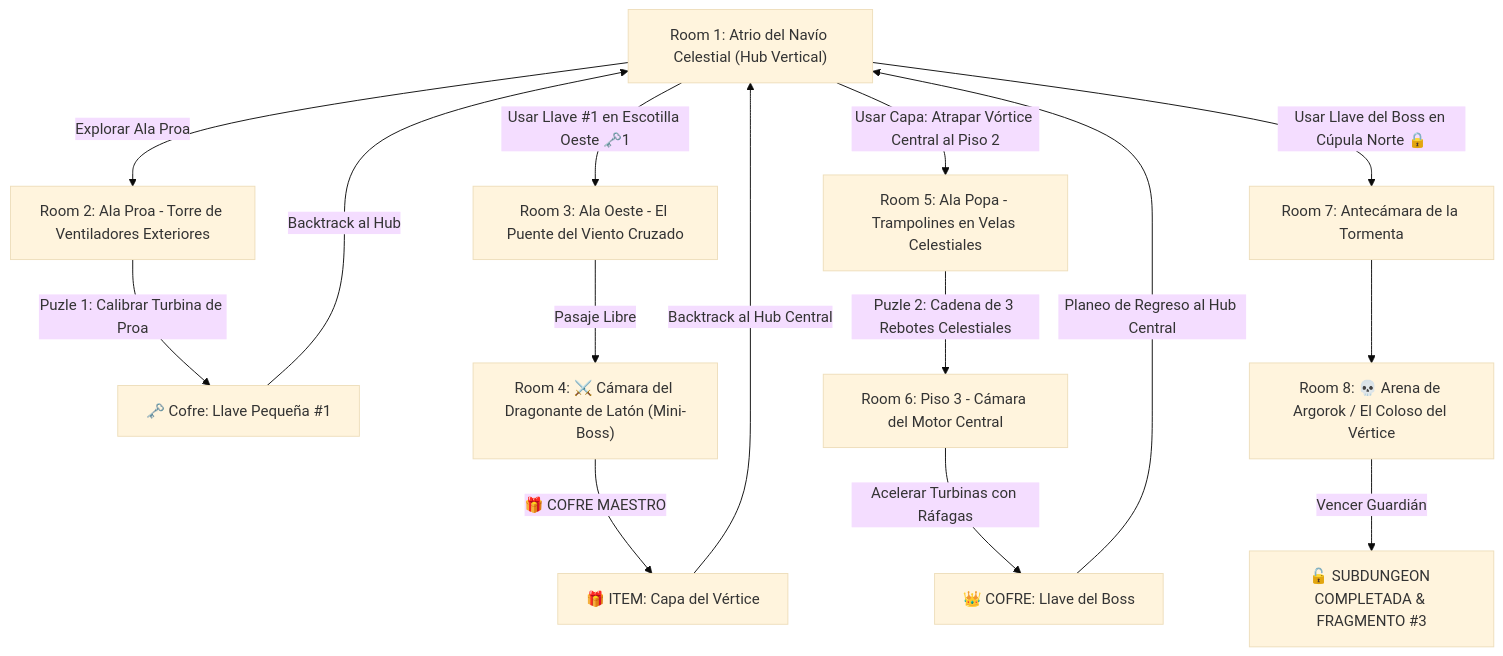
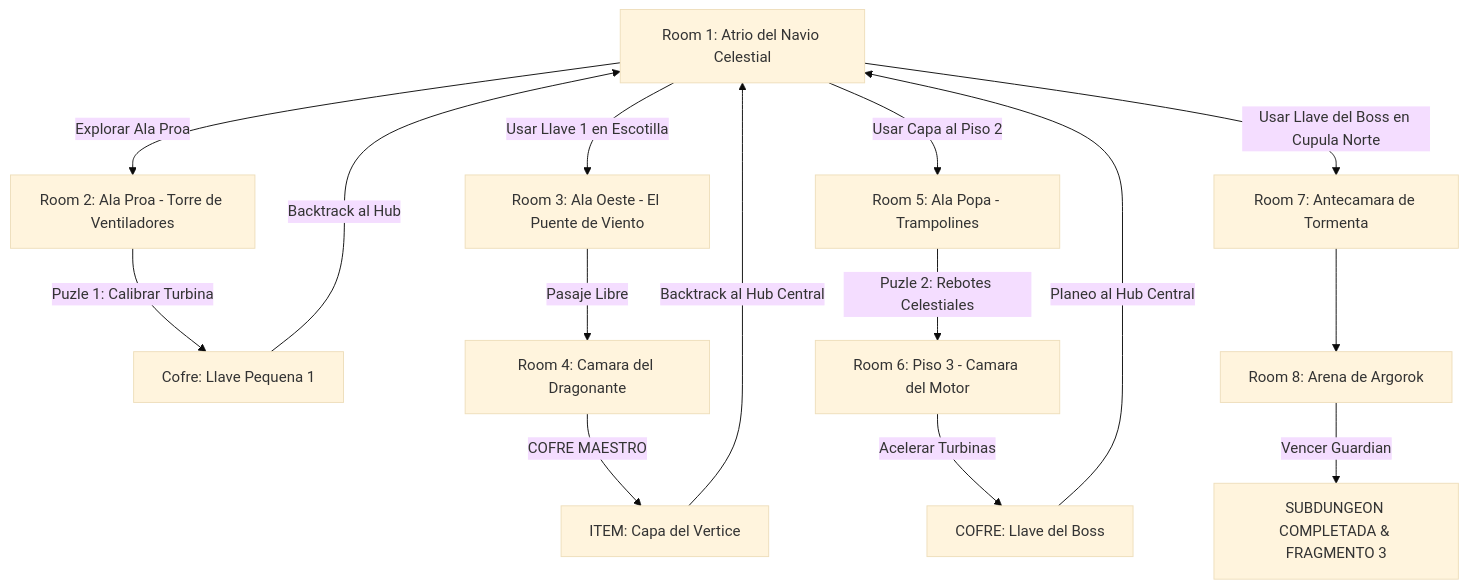
The diagram in 7 - DM/OneShots/ARepeat/Subdungeons/03_Subdungeon_Aire_Torre.md (linkmati/ShivathLyss), drawn with Mermaid (base theme) before and after one commit. The commit also changed 15 other files, not shown here.

Commit message:
Fix Mermaid diagram syntax for all Subdungeons in Obsidian

````diff
--- a/7 - DM/OneShots/ARepeat/Subdungeons/03_Subdungeon_Aire_Torre.md
+++ b/7 - DM/OneShots/ARepeat/Subdungeons/03_Subdungeon_Aire_Torre.md
@@ -14,20 +14,20 @@
 ```mermaid
 graph TD
-    S1["Room 1: Atrio del Navío Celestial (Hub Vertical)"] -->|Explorar Ala Proa| S2["Room 2: Ala Proa - Torre de Ventiladores Exteriores"]
-    S2 -->|Puzle 1: Calibrar Turbina de Proa| S2_Key["🗝️ Cofre: Llave Pequeña #1"]
+    S1["Room 1: Atrio del Navio Celestial"] -->|Explorar Ala Proa| S2["Room 2: Ala Proa - Torre de Ventiladores"]
+    S2 -->|Puzle 1: Calibrar Turbina| S2_Key["Cofre: Llave Pequena 1"]
     S2_Key -->|Backtrack al Hub| S1
     
-    S1 -->|Usar Llave #1 en Escotilla Oeste 🗝️1| S3["Room 3: Ala Oeste - El Puente del Viento Cruzado"]
-    S3 -->|Pasaje Libre| S4["Room 4: ⚔️ Cámara del Dragonante de Latón (Mini-Boss)"]
-    S4 -->|🎁 COFRE MAESTRO| Item["🎁 ITEM: Capa del Vértice"]
+    S1 -->|Usar Llave 1 en Escotilla| S3["Room 3: Ala Oeste - El Puente de Viento"]
+    S3 -->|Pasaje Libre| S4["Room 4: Camara del Dragonante"]
+    S4 -->|COFRE MAESTRO| Item["ITEM: Capa del Vertice"]
     
     Item -->|Backtrack al Hub Central| S1
-    S1 -->|Usar Capa: Atrapar Vórtice Central al Piso 2| S5["Room 5: Ala Popa - Trampolines en Velas Celestiales"]
-    S5 -->|Puzle 2: Cadena de 3 Rebotes Celestiales| S6["Room 6: Piso 3 - Cámara del Motor Central"]
-    S6 -->|Acelerar Turbinas con Ráfagas| BossKey["👑 COFRE: Llave del Boss"]
+    S1 -->|Usar Capa al Piso 2| S5["Room 5: Ala Popa - Trampolines"]
+    S5 -->|Puzle 2: Rebotes Celestiales| S6["Room 6: Piso 3 - Camara del Motor"]
+    S6 -->|Acelerar Turbinas| BossKey["COFRE: Llave del Boss"]
     
-    BossKey -->|Planeo de Regreso al Hub Central| S1
-    S1 -->|Usar Llave del Boss en Cúpula Norte 🔒| S7["Room 7: Antecámara de la Tormenta"]
-    S7 --> S8["Room 8: 💀 Arena de Argorok / El Coloso del Vértice"]
-    S8 -->|Vencer Guardián| Win["🔓 SUBDUNGEON COMPLETADA & FRAGMENTO #3"]
+    BossKey -->|Planeo al Hub Central| S1
+    S1 -->|Usar Llave del Boss en Cupula Norte| S7["Room 7: Antecamara de Tormenta"]
+    S7 --> S8["Room 8: Arena de Argorok"]
+    S8 -->|Vencer Guardian| Win["SUBDUNGEON COMPLETADA & FRAGMENTO 3"]
 ```
````
